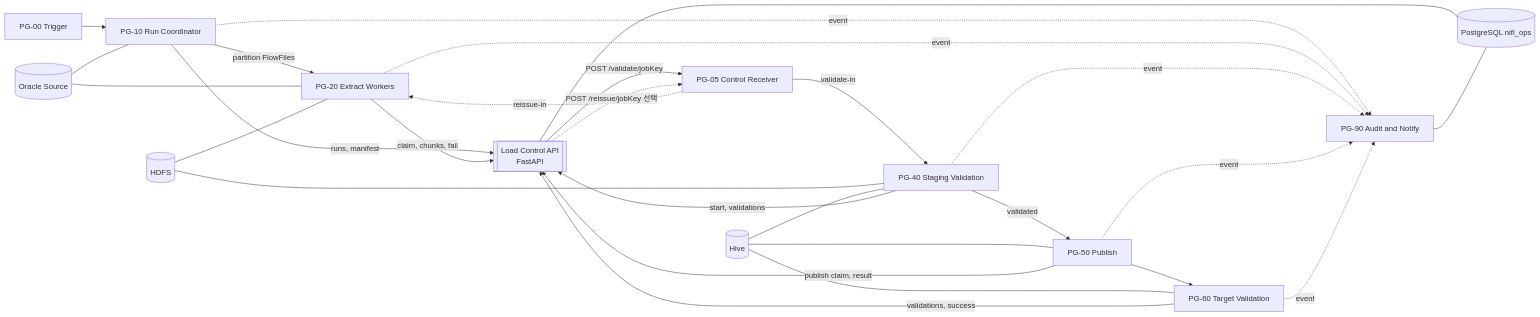
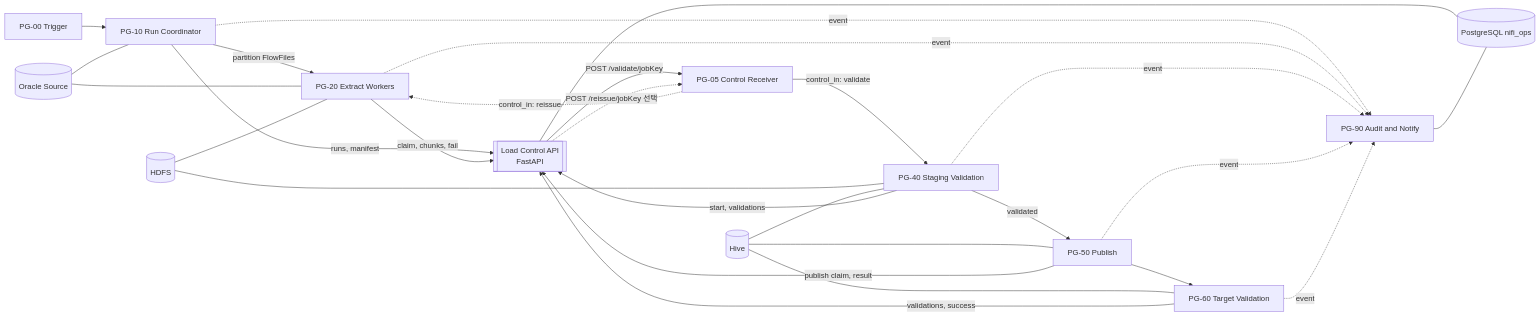
Before and after one commit to DataDynamics/nifi-sqoop-removal: the third of 13 diagrams in nifi-sqoop-removal-guide.md, drawn with Mermaid. The commit also changed other lines of this file and 4 other files, not shown here.

````diff
--- a/nifi-sqoop-removal-guide.md
+++ b/nifi-sqoop-removal-guide.md
@@ -205,33 +205,33 @@
 ```mermaid
 flowchart LR
     T[PG-00 Trigger] --> C[PG-10 Run Coordinator]
     C -->|partition FlowFiles| W[PG-20 Extract Workers]
     API[[Load Control API<br/>FastAPI]] -->|POST /validate/jobKey| RC[PG-05 Control Receiver]
-    RC -->|validate-in| S[PG-40 Staging Validation]
+    RC -->|control_in: validate| S[PG-40 Staging Validation]
     S -->|validated| P[PG-50 Publish]
     P --> V[PG-60 Target Validation]
     API -.->|POST /reissue/jobKey 선택| RC
-    RC -.->|reissue-in| W
+    RC -.->|control_in: reissue| W
 
     C -- runs, manifest --> API
     W -- claim, chunks, fail --> API
     S -- start, validations --> API
     P -- publish claim, result --> API
     V -- validations, success --> API
     API --- M[(PostgreSQL nifi_ops)]
 
     C -. event .-> A[PG-90 Audit and Notify]
     W -. event .-> A
     S -. event .-> A
     P -. event .-> A
     V -. event .-> A
     A --- M
 
     O[(Oracle Source)] --- C
     O --- W
     H[(HDFS)] --- W
     H --- S
     Q[(Hive)] --- S
     Q --- P
     Q --- V
 ```
````
